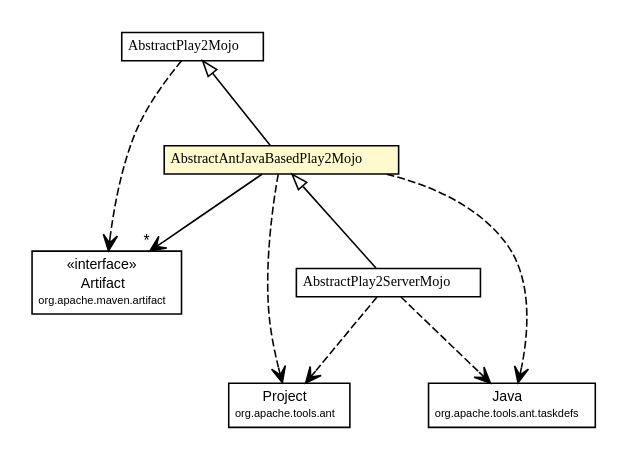
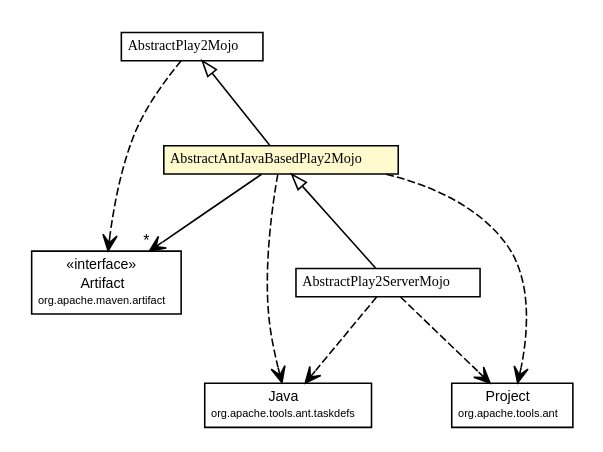
The diagram in play2-maven-plugin/1.0.0-beta4-SNAPSHOT/play2-maven-plugin/apidocs/com/google/code/play2/plugin/AbstractAntJavaBasedPlay2Mojo.dot (play2-maven-plugin/play2-maven-plugin.github.io), drawn with Graphviz before and after one commit. The commit also changed 403 other files, not shown here.

```diff
--- a/play2-maven-plugin/1.0.0-beta4-SNAPSHOT/play2-maven-plugin/apidocs/com/google/code/play2/plugin/AbstractAntJavaBasedPlay2Mojo.dot
+++ b/play2-maven-plugin/1.0.0-beta4-SNAPSHOT/play2-maven-plugin/apidocs/com/google/code/play2/plugin/AbstractAntJavaBasedPlay2Mojo.dot
@@ -1,68 +1,68 @@
 #!/usr/local/bin/dot
 #
 # Class diagram 
 # Generated by UMLGraph version R5_6-24-gf6e263 (http://www.umlgraph.org/)
 #
 
 digraph G {
 	edge [fontname="arial",fontsize=10,labelfontname="arial",labelfontsize=10];
 	node [fontname="arial",fontsize=10,shape=plaintext];
 	nodesep=0.25;
 	ranksep=0.5;
 	// com.google.code.play2.plugin.AbstractPlay2ServerMojo
 	c80 [label=<<table title="com.google.code.play2.plugin.AbstractPlay2ServerMojo" border="0" cellborder="1" cellspacing="0" cellpadding="2" port="p" href="./AbstractPlay2ServerMojo.html">
 		<tr><td><table border="0" cellspacing="0" cellpadding="1">
 <tr><td align="center" balign="center"><font face="arial italic"> AbstractPlay2ServerMojo </font></td></tr>
 		</table></td></tr>
 		</table>>, URL="./AbstractPlay2ServerMojo.html", fontname="arial", fontcolor="black", fontsize=9.0];
 	// com.google.code.play2.plugin.AbstractPlay2Mojo
 	c92 [label=<<table title="com.google.code.play2.plugin.AbstractPlay2Mojo" border="0" cellborder="1" cellspacing="0" cellpadding="2" port="p" href="./AbstractPlay2Mojo.html">
 		<tr><td><table border="0" cellspacing="0" cellpadding="1">
 <tr><td align="center" balign="center"><font face="arial italic"> AbstractPlay2Mojo </font></td></tr>
 		</table></td></tr>
 		</table>>, URL="./AbstractPlay2Mojo.html", fontname="arial", fontcolor="black", fontsize=9.0];
 	// com.google.code.play2.plugin.AbstractAntJavaBasedPlay2Mojo
 	c105 [label=<<table title="com.google.code.play2.plugin.AbstractAntJavaBasedPlay2Mojo" border="0" cellborder="1" cellspacing="0" cellpadding="2" port="p" bgcolor="lemonChiffon" href="./AbstractAntJavaBasedPlay2Mojo.html">
 		<tr><td><table border="0" cellspacing="0" cellpadding="1">
 <tr><td align="center" balign="center"><font face="arial italic"> AbstractAntJavaBasedPlay2Mojo </font></td></tr>
 		</table></td></tr>
 		</table>>, URL="./AbstractAntJavaBasedPlay2Mojo.html", fontname="arial", fontcolor="black", fontsize=9.0];
 	//com.google.code.play2.plugin.AbstractPlay2ServerMojo extends com.google.code.play2.plugin.AbstractAntJavaBasedPlay2Mojo
 	c105:p -> c80:p [dir=back,arrowtail=empty];
 	//com.google.code.play2.plugin.AbstractAntJavaBasedPlay2Mojo extends com.google.code.play2.plugin.AbstractPlay2Mojo
 	c92:p -> c105:p [dir=back,arrowtail=empty];
 	// com.google.code.play2.plugin.AbstractAntJavaBasedPlay2Mojo NAVASSOC org.apache.maven.artifact.Artifact
 	c105:p -> c148:p [taillabel="", label="", headlabel="*", fontname="arial", fontcolor="black", fontsize=10.0, color="black", arrowhead=open];
+	// com.google.code.play2.plugin.AbstractPlay2ServerMojo DEPEND org.apache.tools.ant.taskdefs.Java
+	c80:p -> c164:p [taillabel="", label="", headlabel="", fontname="arial", fontcolor="black", fontsize=10.0, color="black", arrowhead=open, style=dashed];
 	// com.google.code.play2.plugin.AbstractPlay2ServerMojo DEPEND org.apache.tools.ant.Project
-	c80:p -> c163:p [taillabel="", label="", headlabel="", fontname="arial", fontcolor="black", fontsize=10.0, color="black", arrowhead=open, style=dashed];
-	// com.google.code.play2.plugin.AbstractPlay2ServerMojo DEPEND org.apache.tools.ant.taskdefs.Java
-	c80:p -> c176:p [taillabel="", label="", headlabel="", fontname="arial", fontcolor="black", fontsize=10.0, color="black", arrowhead=open, style=dashed];
+	c80:p -> c182:p [taillabel="", label="", headlabel="", fontname="arial", fontcolor="black", fontsize=10.0, color="black", arrowhead=open, style=dashed];
 	// com.google.code.play2.plugin.AbstractPlay2Mojo DEPEND org.apache.maven.artifact.Artifact
 	c92:p -> c148:p [taillabel="", label="", headlabel="", fontname="arial", fontcolor="black", fontsize=10.0, color="black", arrowhead=open, style=dashed];
+	// com.google.code.play2.plugin.AbstractAntJavaBasedPlay2Mojo DEPEND org.apache.tools.ant.taskdefs.Java
+	c105:p -> c164:p [taillabel="", label="", headlabel="", fontname="arial", fontcolor="black", fontsize=10.0, color="black", arrowhead=open, style=dashed];
 	// com.google.code.play2.plugin.AbstractAntJavaBasedPlay2Mojo DEPEND org.apache.tools.ant.Project
-	c105:p -> c163:p [taillabel="", label="", headlabel="", fontname="arial", fontcolor="black", fontsize=10.0, color="black", arrowhead=open, style=dashed];
-	// com.google.code.play2.plugin.AbstractAntJavaBasedPlay2Mojo DEPEND org.apache.tools.ant.taskdefs.Java
-	c105:p -> c176:p [taillabel="", label="", headlabel="", fontname="arial", fontcolor="black", fontsize=10.0, color="black", arrowhead=open, style=dashed];
+	c105:p -> c182:p [taillabel="", label="", headlabel="", fontname="arial", fontcolor="black", fontsize=10.0, color="black", arrowhead=open, style=dashed];
 	// org.apache.tools.ant.Project
-	c163 [label=<<table title="org.apache.tools.ant.Project" border="0" cellborder="1" cellspacing="0" cellpadding="2" port="p" href="http://play2-maven-plugin.github.io/external-apidocs/org/apache/ant/ant/1.9.4/org/apache/tools/ant/Project.html">
+	c182 [label=<<table title="org.apache.tools.ant.Project" border="0" cellborder="1" cellspacing="0" cellpadding="2" port="p" href="http://play2-maven-plugin.github.io/external-apidocs/org/apache/ant/ant/1.9.4/org/apache/tools/ant/Project.html">
 		<tr><td><table border="0" cellspacing="0" cellpadding="1">
 <tr><td align="center" balign="center"> Project </td></tr>
 <tr><td align="center" balign="center"><font point-size="7.0"> org.apache.tools.ant </font></td></tr>
 		</table></td></tr>
 		</table>>, URL="http://play2-maven-plugin.github.io/external-apidocs/org/apache/ant/ant/1.9.4/org/apache/tools/ant/Project.html", fontname="arial", fontcolor="black", fontsize=9.0];
 	// org.apache.maven.artifact.Artifact
 	c148 [label=<<table title="org.apache.maven.artifact.Artifact" border="0" cellborder="1" cellspacing="0" cellpadding="2" port="p" href="http://maven.apache.org/ref/2.2.1/maven-artifact/apidocs/org/apache/maven/artifact/Artifact.html">
 		<tr><td><table border="0" cellspacing="0" cellpadding="1">
 <tr><td align="center" balign="center"> &#171;interface&#187; </td></tr>
 <tr><td align="center" balign="center"> Artifact </td></tr>
 <tr><td align="center" balign="center"><font point-size="7.0"> org.apache.maven.artifact </font></td></tr>
 		</table></td></tr>
 		</table>>, URL="http://maven.apache.org/ref/2.2.1/maven-artifact/apidocs/org/apache/maven/artifact/Artifact.html", fontname="arial", fontcolor="black", fontsize=9.0];
 	// org.apache.tools.ant.taskdefs.Java
-	c176 [label=<<table title="org.apache.tools.ant.taskdefs.Java" border="0" cellborder="1" cellspacing="0" cellpadding="2" port="p" href="http://play2-maven-plugin.github.io/external-apidocs/org/apache/ant/ant/1.9.4/org/apache/tools/ant/taskdefs/Java.html">
+	c164 [label=<<table title="org.apache.tools.ant.taskdefs.Java" border="0" cellborder="1" cellspacing="0" cellpadding="2" port="p" href="http://play2-maven-plugin.github.io/external-apidocs/org/apache/ant/ant/1.9.4/org/apache/tools/ant/taskdefs/Java.html">
 		<tr><td><table border="0" cellspacing="0" cellpadding="1">
 <tr><td align="center" balign="center"> Java </td></tr>
 <tr><td align="center" balign="center"><font point-size="7.0"> org.apache.tools.ant.taskdefs </font></td></tr>
 		</table></td></tr>
 		</table>>, URL="http://play2-maven-plugin.github.io/external-apidocs/org/apache/ant/ant/1.9.4/org/apache/tools/ant/taskdefs/Java.html", fontname="arial", fontcolor="black", fontsize=9.0];
 }
```
